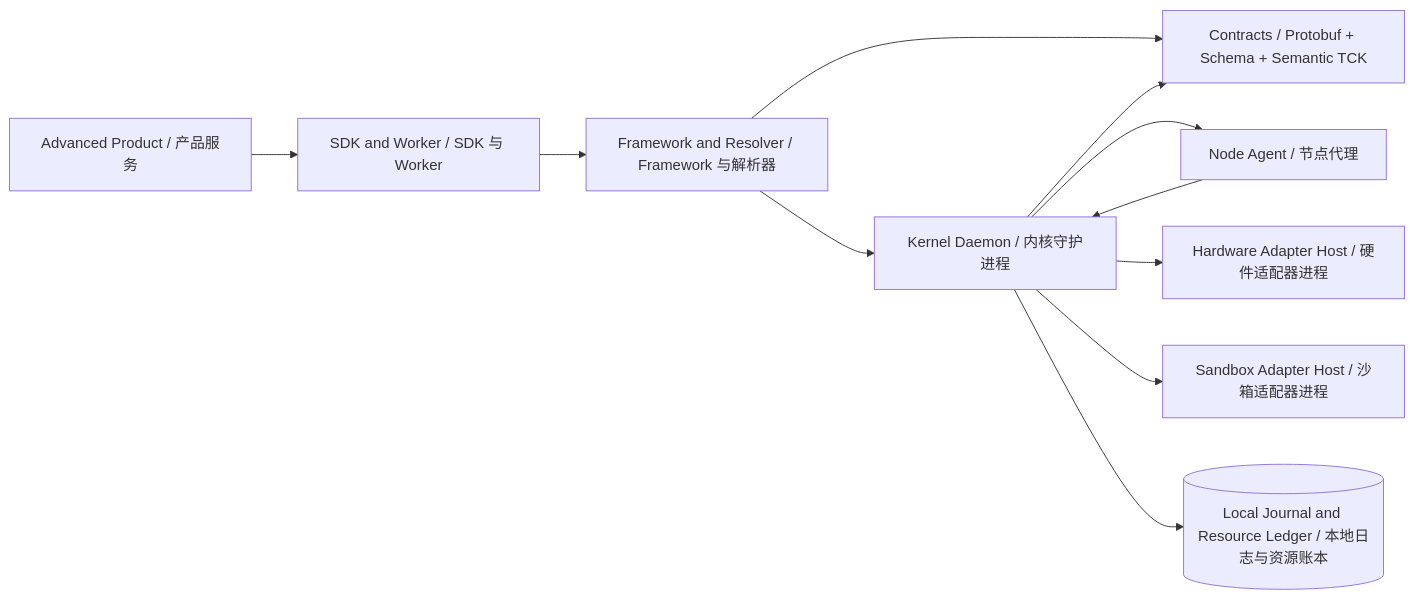
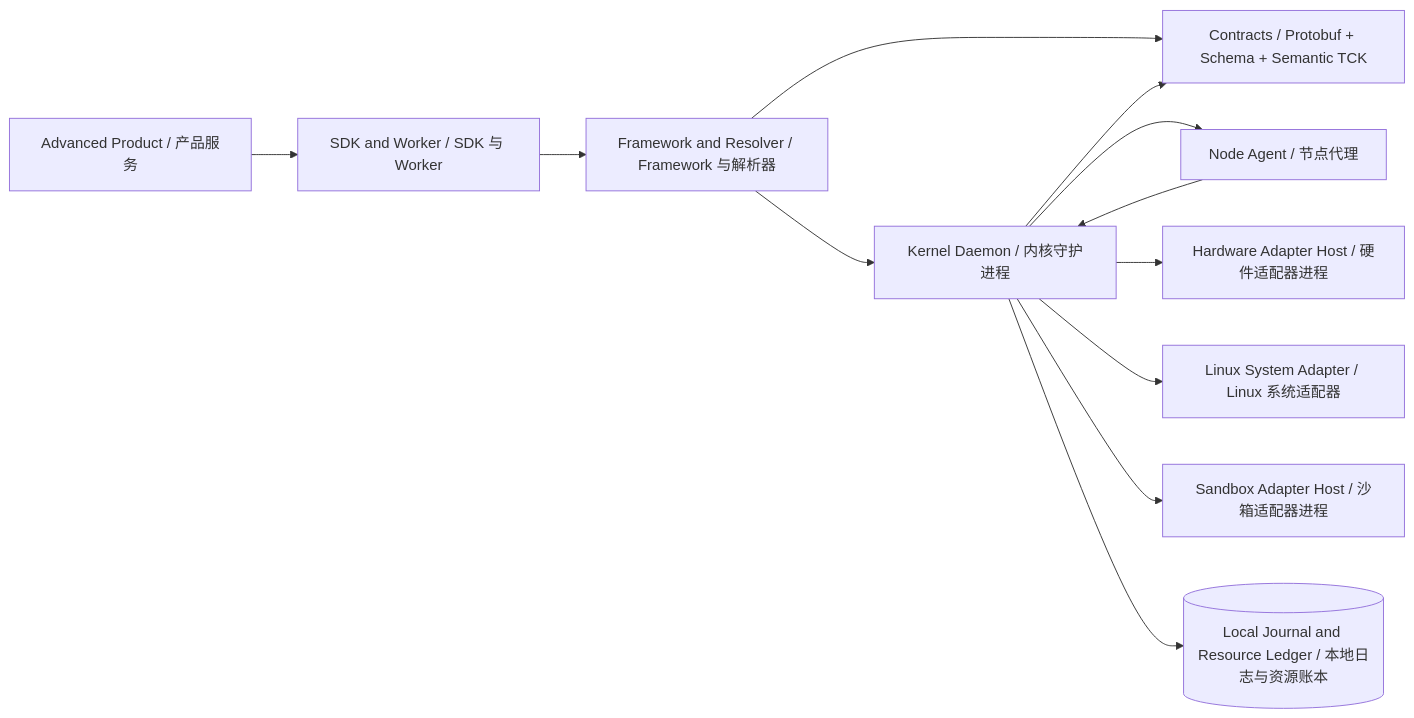
The diagram in docs/architecture/overview.md (DoHorizon-AI/Cyrene-Platform), drawn with Mermaid before and after one commit. The commit also changed other lines of this file and 15 other files, not shown here.

````diff
--- a/docs/architecture/overview.md
+++ b/docs/architecture/overview.md
@@ -9,23 +9,25 @@
 ```mermaid
 flowchart LR
     Product[Advanced Product / 产品服务]
     SDK[SDK and Worker / SDK 与 Worker]
     Framework[Framework and Resolver / Framework 与解析器]
     Contracts[Contracts / Protobuf + Schema + Semantic TCK]
     Kernel[Kernel Daemon / 内核守护进程]
     Node[Node Agent / 节点代理]
     Hardware[Hardware Adapter Host / 硬件适配器进程]
+    System[Linux System Adapter / Linux 系统适配器]
     Sandbox[Sandbox Adapter Host / 沙箱适配器进程]
     Store[(Local Journal and Resource Ledger / 本地日志与资源账本)]
 
     Product --> SDK
     SDK --> Framework
     Framework --> Contracts
     Framework --> Kernel
     Kernel --> Contracts
     Kernel --> Node
     Kernel --> Hardware
+    Kernel --> System
     Kernel --> Sandbox
     Kernel --> Store
     Node --> Kernel
 ```
````
